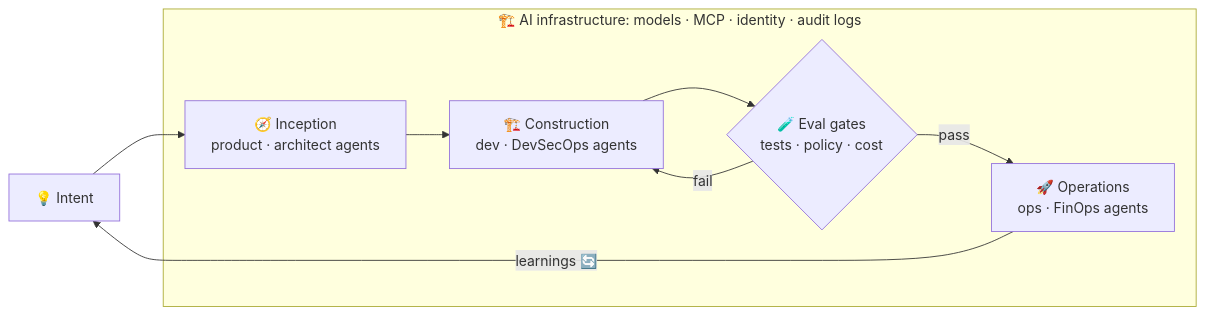
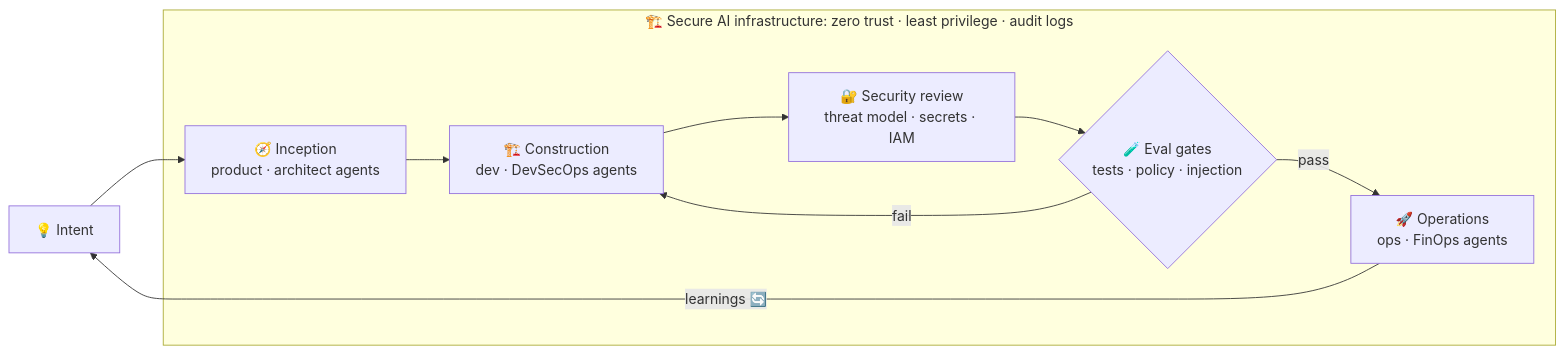
The diagram in README.md (rongjiwang/rongjiwang), drawn with Mermaid before and after one commit. The commit also changed other lines of this file and 2 other files, not shown here.

First line of the commit message:
docs: put security front and centre in profile

````diff
--- a/README.md
+++ b/README.md
@@ -58,15 +80,17 @@
 ```mermaid
 flowchart LR
     I["💡 Intent"] --> P["🧭 Inception<br/>product · architect agents"]
     P --> C["🏗️ Construction<br/>dev · DevSecOps agents"]
-    C --> G{"🧪 Eval gates<br/>tests · policy · cost"}
+    C --> S["🔐 Security review<br/>threat model · secrets · IAM"]
+    S --> G{"🧪 Eval gates<br/>tests · policy · injection"}
     G -->|pass| O["🚀 Operations<br/>ops · FinOps agents"]
     G -->|fail| C
     O -->|"learnings 🔄"| I
-    subgraph F["🏗️ AI infrastructure: models · MCP · identity · audit logs"]
+    subgraph F["🏗️ Secure AI infrastructure: zero trust · least privilege · audit logs"]
       P
       C
+      S
       G
       O
     end
 ```
````
